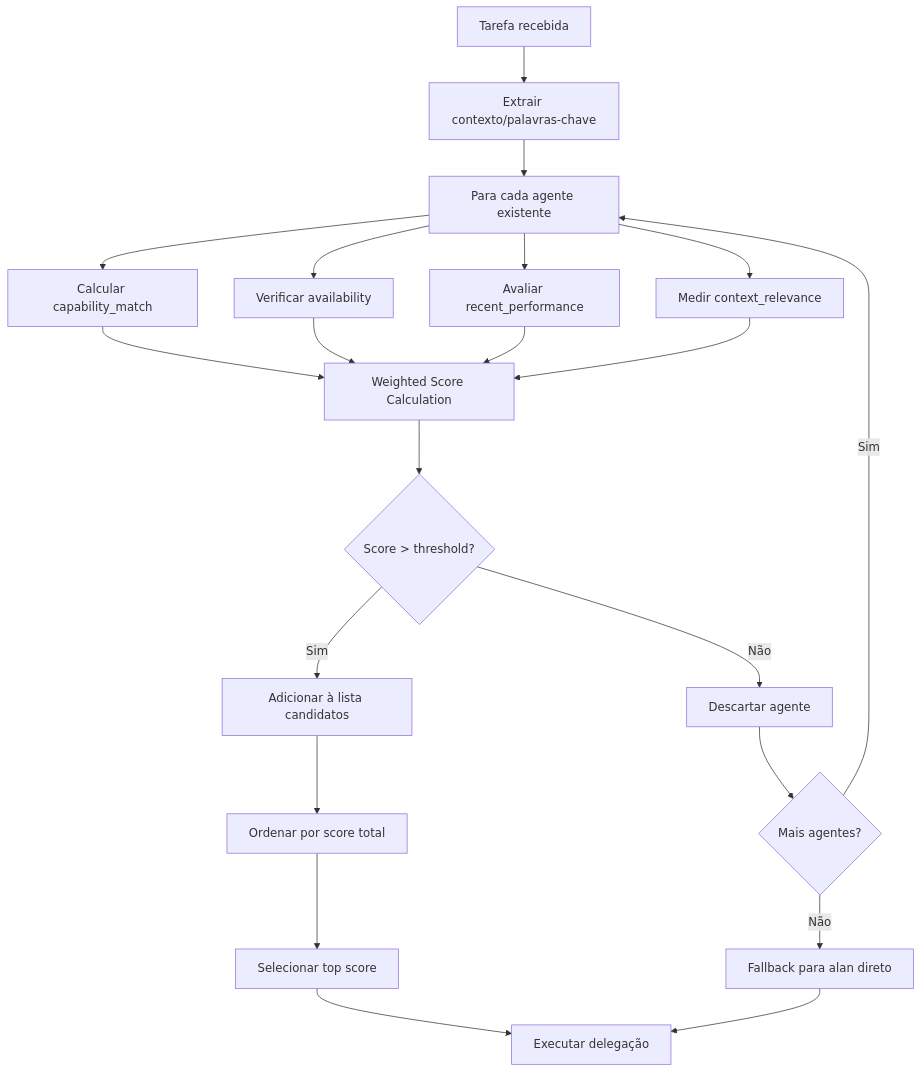
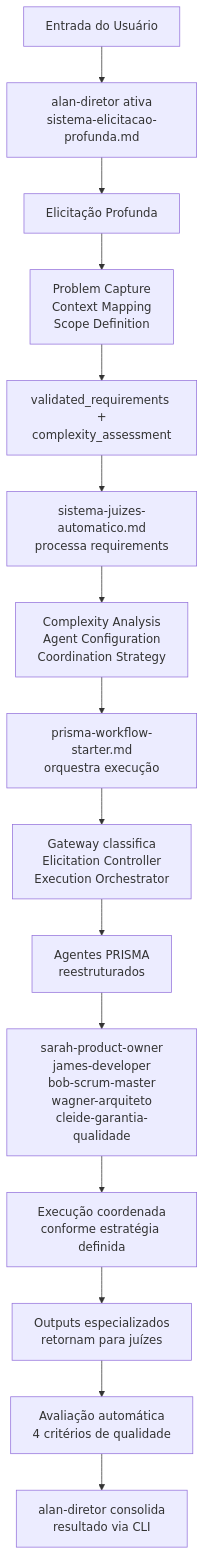
The sixth of 6 diagrams in .claude/specs/universal-agent-framework/design.md (matheusmaiberg/prisma), drawn with Mermaid before and after one commit. The commit also changed other lines of this file and 8 other files, not shown here.

First line of the commit message:
feat: corrigir design Universal Agent Framework - orquestração CLI

````diff
--- a/.claude/specs/universal-agent-framework/design.md
+++ b/.claude/specs/universal-agent-framework/design.md
@@ -308,28 +322,23 @@
 ```mermaid
 flowchart TD
-    A[Tarefa recebida] --> B[Extrair contexto/palavras-chave]
-    B --> C[Para cada agente existente]
+    A[Entrada do Usuário] --> B[alan-diretor ativa<br/>sistema-elicitacao-profunda.md]
 
-    C --> D[Calcular capability_match]
-    C --> E[Verificar availability]
-    C --> F[Avaliar recent_performance]
-    C --> G[Medir context_relevance]
+    B --> C[Elicitação Profunda]
+    C --> D[Problem Capture<br/>Context Mapping<br/>Scope Definition]
+    D --> E[validated_requirements +<br/>complexity_assessment]
 
-    D --> H[Weighted Score Calculation]
-    E --> H
-    F --> H
-    G --> H
+    E --> F[sistema-juizes-automatico.md<br/>processa requirements]
+    F --> G[Complexity Analysis<br/>Agent Configuration<br/>Coordination Strategy]
 
-    H --> I{Score > threshold?}
-    I -->|Sim| J[Adicionar à lista candidatos]
-    I -->|Não| K[Descartar agente]
+    G --> H[prisma-workflow-starter.md<br/>orquestra execução]
+    H --> I[Gateway classifica<br/>Elicitation Controller<br/>Execution Orchestrator]
 
-    J --> L[Ordenar por score total]
-    K --> M{Mais agentes?}
-    L --> N[Selecionar top score]
-    M -->|Sim| C
-    M -->|Não| O[Fallback para alan direto]
+    I --> J[Agentes PRISMA<br/>reestruturados]
+    J --> K[sarah-product-owner<br/>james-developer<br/>bob-scrum-master<br/>wagner-arquiteto<br/>cleide-garantia-qualidade]
 
-    N --> P[Executar delegação]
-    O --> P
+    K --> L[Execução coordenada<br/>conforme estratégia definida]
+    L --> M[Outputs especializados<br/>retornam para juízes]
+
+    M --> N[Avaliação automática<br/>4 critérios de qualidade]
+    N --> O[alan-diretor consolida<br/>resultado via CLI]
 ```
````
